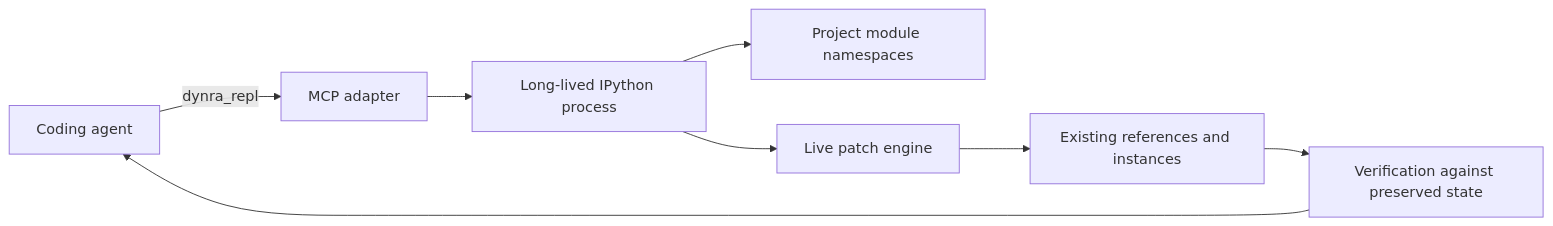
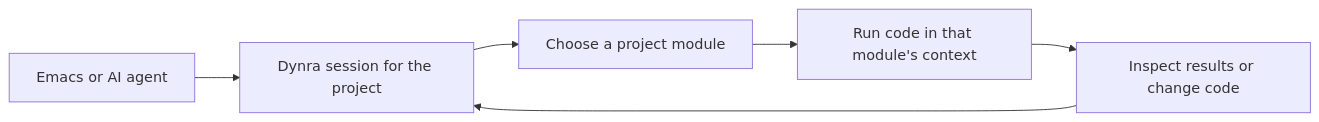
One commit to antlobach/Dynra changed the diagram in README.md. Above: the diagram before and after it, drawn with Mermaid. The commit also changed other lines of this file, not shown here.

````diff
--- a/README.md
+++ b/README.md
@@ -25,10 +31,8 @@
 ```mermaid
 flowchart LR
-    A[Coding agent] -->|dynra_repl| M[MCP adapter]
-    M --> R[Long-lived IPython process]
-    R --> N[Project module namespaces]
-    R --> P[Live patch engine]
-    P --> O[Existing references and instances]
-    O --> V[Verification against preserved state]
-    V --> A
+    A[Emacs or AI agent] --> D[Dynra session for the project]
+    D --> M[Choose a project module]
+    M --> E[Run code in that module's context]
+    E --> R[Inspect results or change code]
+    R --> D
 ```
````
